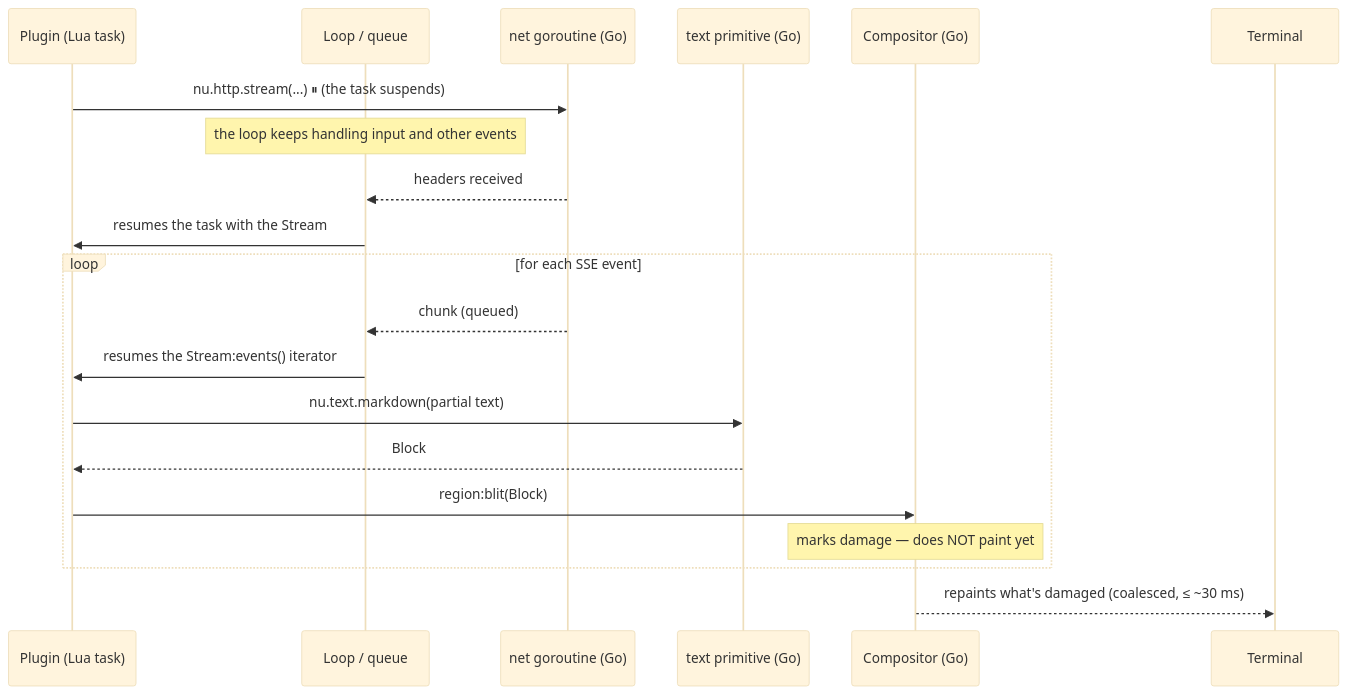
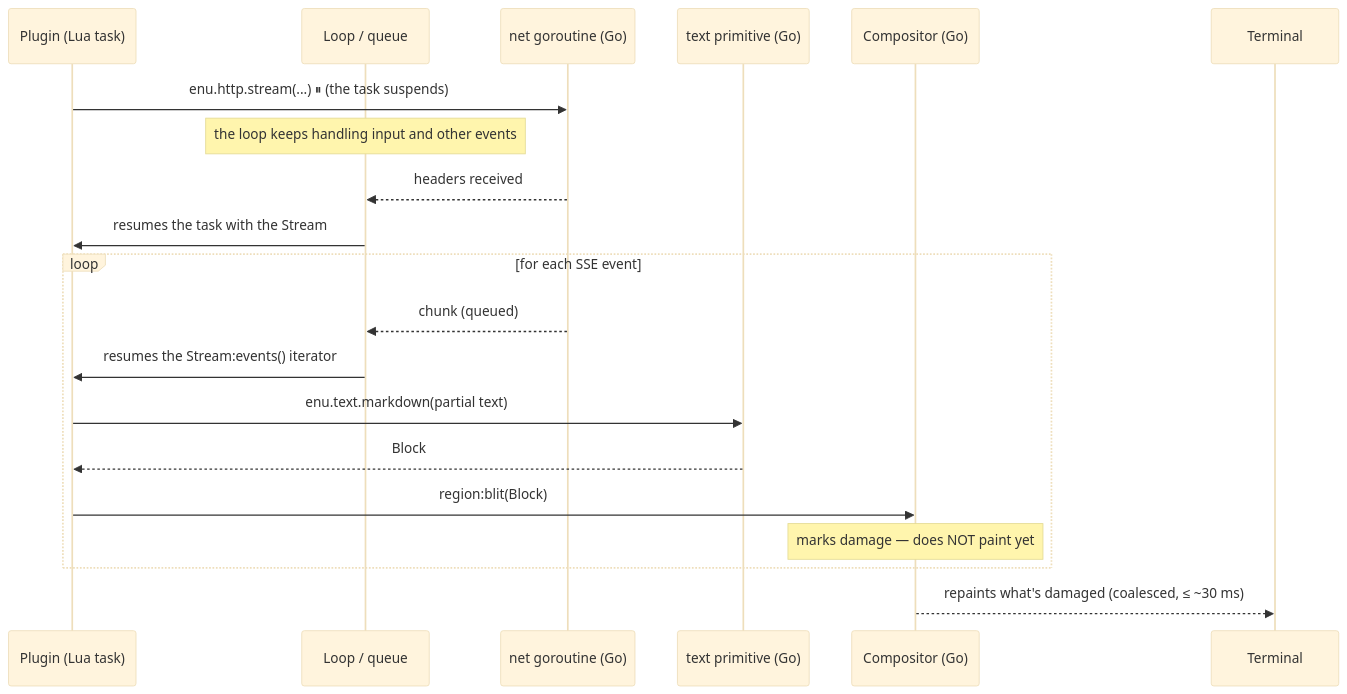
One commit to dbareagimeno/enu changed the second of 2 diagrams in web/src/content/en/wiki/modelo-ejecucion.md. Above: the diagram before and after it, drawn with Mermaid (base theme). The commit also changed other lines of this file and 320 other files, not shown here.

````diff
--- a/web/src/content/en/wiki/modelo-ejecucion.md
+++ b/web/src/content/en/wiki/modelo-ejecucion.md
@@ -65,23 +65,23 @@
 ```mermaid
 sequenceDiagram
     participant P as Plugin (Lua task)
     participant L as Loop / queue
     participant N as net goroutine (Go)
     participant TX as text primitive (Go)
     participant C as Compositor (Go)
     participant T as Terminal
 
-    P->>N: nu.http.stream(...) ⏸ (the task suspends)
+    P->>N: enu.http.stream(...) ⏸ (the task suspends)
     Note over L: the loop keeps handling input and other events
     N-->>L: headers received
     L->>P: resumes the task with the Stream
     loop for each SSE event
         N-->>L: chunk (queued)
         L->>P: resumes the Stream:events() iterator
-        P->>TX: nu.text.markdown(partial text)
+        P->>TX: enu.text.markdown(partial text)
         TX-->>P: Block
         P->>C: region:blit(Block)
         Note over C: marks damage — does NOT paint yet
     end
     C-->>T: repaints what's damaged (coalesced, ≤ ~30 ms)
 ```
````
